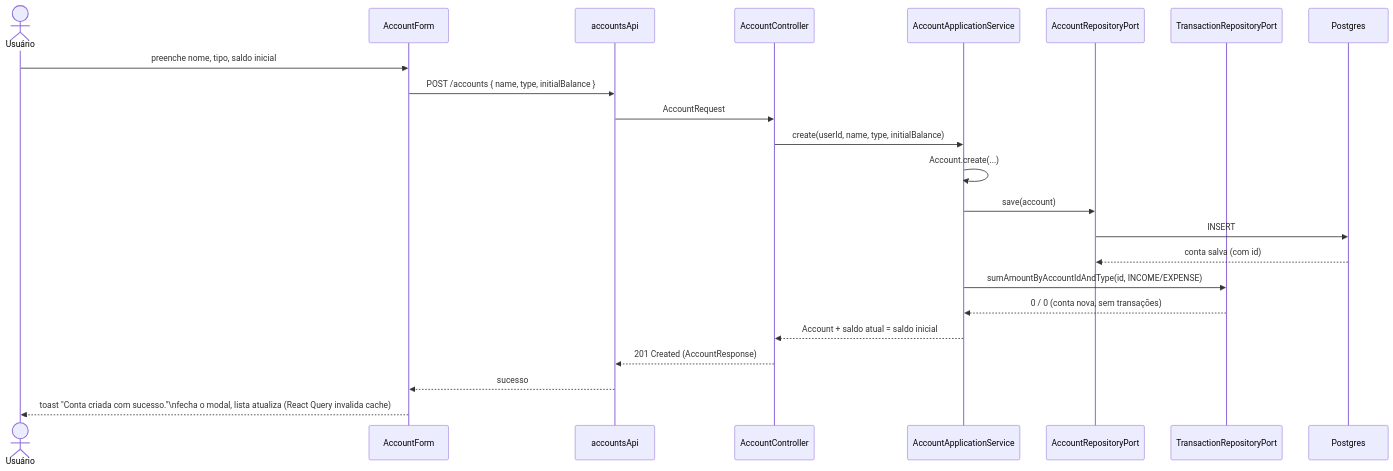
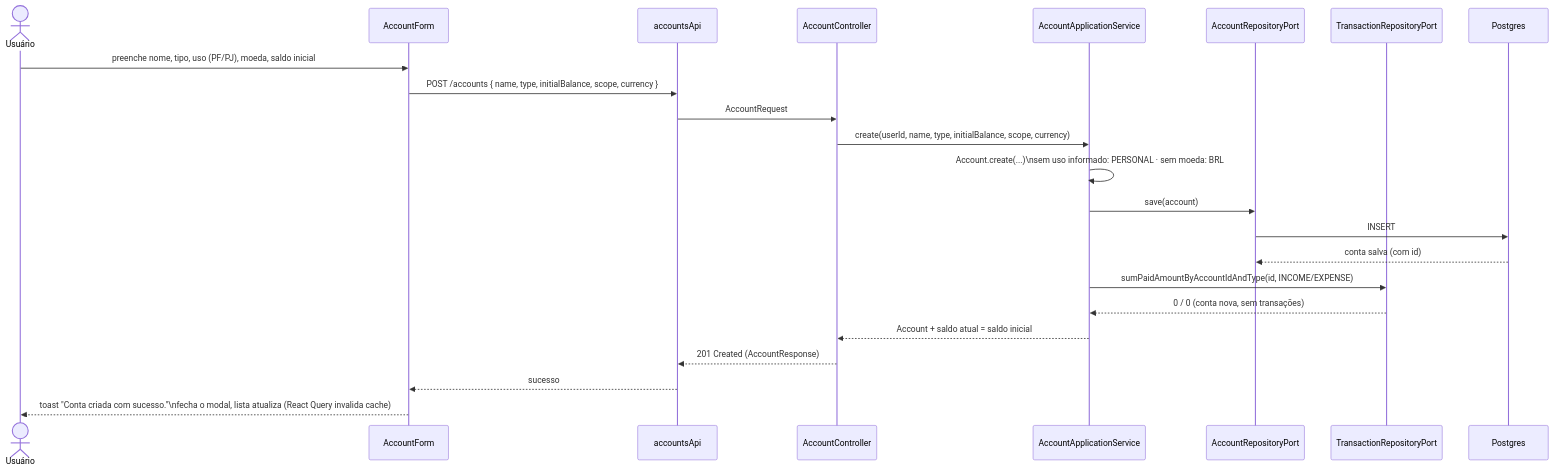
The second of 5 diagrams in docs/tecnica/fluxo-contas.md (leozztto/LmfFinPro), drawn with Mermaid before and after one commit. The commit also changed other lines of this file and 44 other files, not shown here.

````diff
--- a/docs/tecnica/fluxo-contas.md
+++ b/docs/tecnica/fluxo-contas.md
@@ -83,26 +100,26 @@
 ```mermaid
 sequenceDiagram
     actor U as Usuário
     participant Form as AccountForm
     participant Api as accountsApi
     participant Ctrl as AccountController
     participant Svc as AccountApplicationService
     participant Repo as AccountRepositoryPort
     participant TxRepo as TransactionRepositoryPort
     participant DB as Postgres
 
-    U->>Form: preenche nome, tipo, saldo inicial
-    Form->>Api: POST /accounts { name, type, initialBalance }
+    U->>Form: preenche nome, tipo, uso (PF/PJ), moeda, saldo inicial
+    Form->>Api: POST /accounts { name, type, initialBalance, scope, currency }
     Api->>Ctrl: AccountRequest
-    Ctrl->>Svc: create(userId, name, type, initialBalance)
-    Svc->>Svc: Account.create(...)
+    Ctrl->>Svc: create(userId, name, type, initialBalance, scope, currency)
+    Svc->>Svc: Account.create(...)\nsem uso informado: PERSONAL · sem moeda: BRL
     Svc->>Repo: save(account)
     Repo->>DB: INSERT
     DB-->>Repo: conta salva (com id)
-    Svc->>TxRepo: sumAmountByAccountIdAndType(id, INCOME/EXPENSE)
+    Svc->>TxRepo: sumPaidAmountByAccountIdAndType(id, INCOME/EXPENSE)
     TxRepo-->>Svc: 0 / 0 (conta nova, sem transações)
     Svc-->>Ctrl: Account + saldo atual = saldo inicial
     Ctrl-->>Api: 201 Created (AccountResponse)
     Api-->>Form: sucesso
     Form-->>U: toast "Conta criada com sucesso."\nfecha o modal, lista atualiza (React Query invalida cache)
 ```
````
